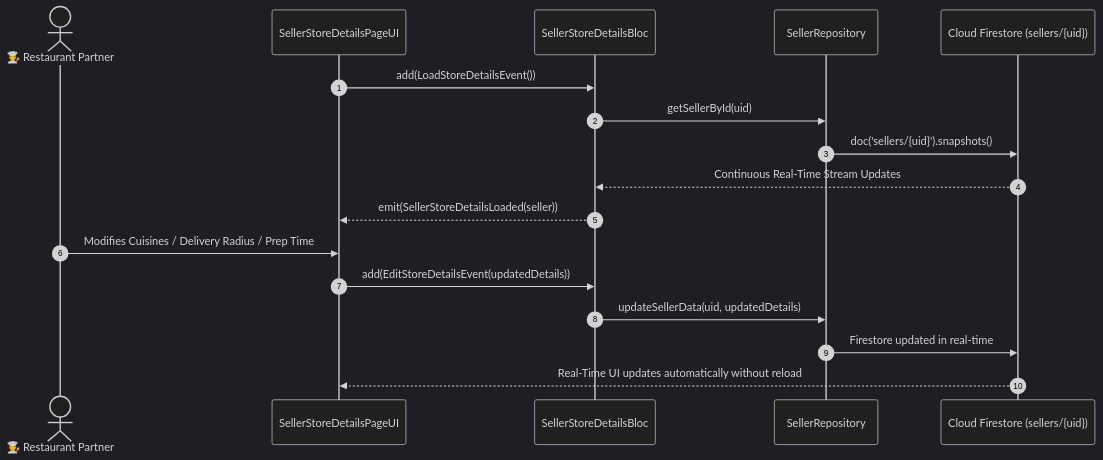
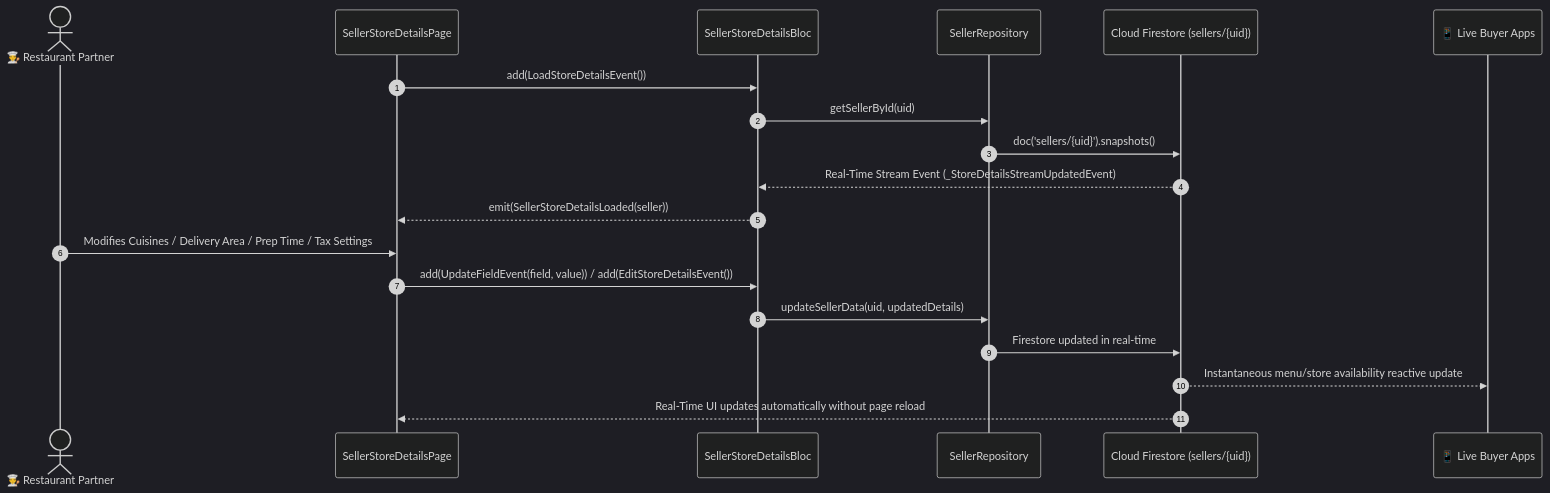
One commit to SRIKUMAR10/food_delivery_app changed the diagram in md_files/04_Seller_Human_Journey_And_Testing/02_Store_Setup_And_Profile/06_SELLER_STORE_DETAILS_PAGE.md. Above: the diagram before and after it, drawn with Mermaid (dark theme). The commit also changed other lines of this file and 204 other files, not shown here.

````diff
--- a/md_files/04_Seller_Human_Journey_And_Testing/02_Store_Setup_And_Profile/06_SELLER_STORE_DETAILS_PAGE.md
+++ b/md_files/04_Seller_Human_Journey_And_Testing/02_Store_Setup_And_Profile/06_SELLER_STORE_DETAILS_PAGE.md
@@ -16,20 +17,22 @@
 ```mermaid
 sequenceDiagram
     autonumber
     actor Seller as 👨‍🍳 Restaurant Partner
-    participant UI as SellerStoreDetailsPageUI
+    participant UI as SellerStoreDetailsPage
     participant Bloc as SellerStoreDetailsBloc
     participant Repo as SellerRepository
     participant FS as Cloud Firestore (sellers/{uid})
+    participant BuyerApp as 📱 Live Buyer Apps
 
     UI->>Bloc: add(LoadStoreDetailsEvent())
     Bloc->>Repo: getSellerById(uid)
     Repo->>FS: doc('sellers/{uid}').snapshots()
-    FS-->>Bloc: Continuous Real-Time Stream Updates
+    FS-->>Bloc: Real-Time Stream Event (_StoreDetailsStreamUpdatedEvent)
     Bloc-->>UI: emit(SellerStoreDetailsLoaded(seller))
-    Seller->>UI: Modifies Cuisines / Delivery Radius / Prep Time
-    UI->>Bloc: add(EditStoreDetailsEvent(updatedDetails))
+    Seller->>UI: Modifies Cuisines / Delivery Area / Prep Time / Tax Settings
+    UI->>Bloc: add(UpdateFieldEvent(field, value)) / add(EditStoreDetailsEvent())
     Bloc->>Repo: updateSellerData(uid, updatedDetails)
     Repo->>FS: Firestore updated in real-time
-    FS-->>UI: Real-Time UI updates automatically without reload
+    FS-->>BuyerApp: Instantaneous menu/store availability reactive update
+    FS-->>UI: Real-Time UI updates automatically without page reload
 ```
````
